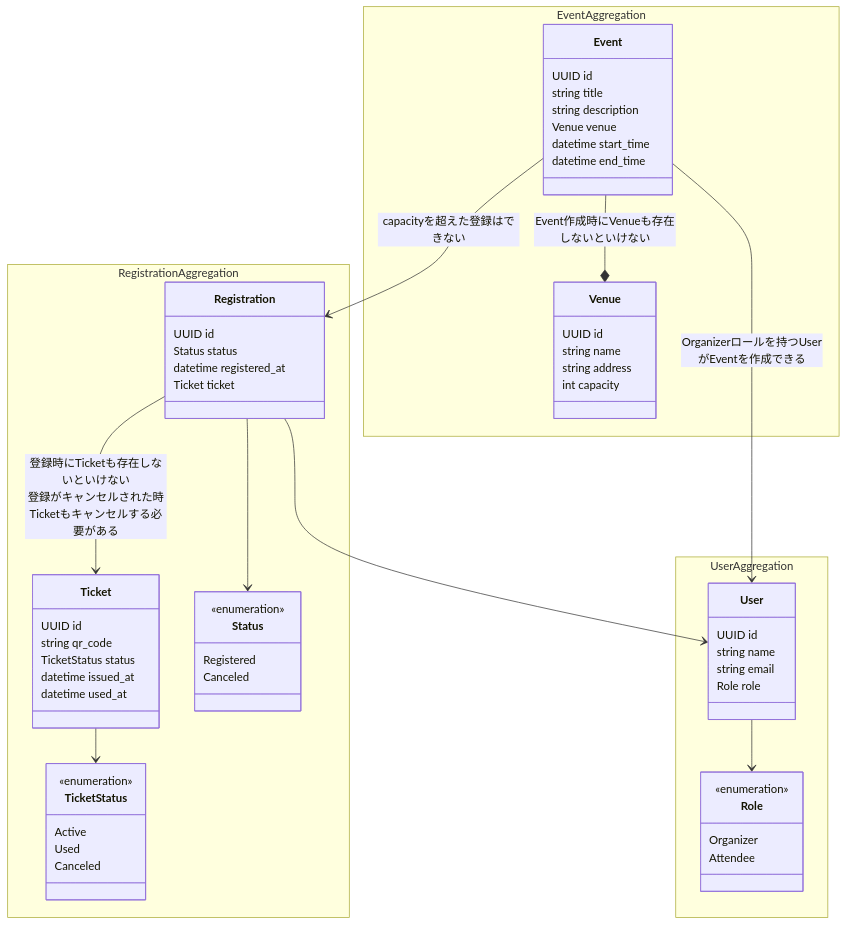
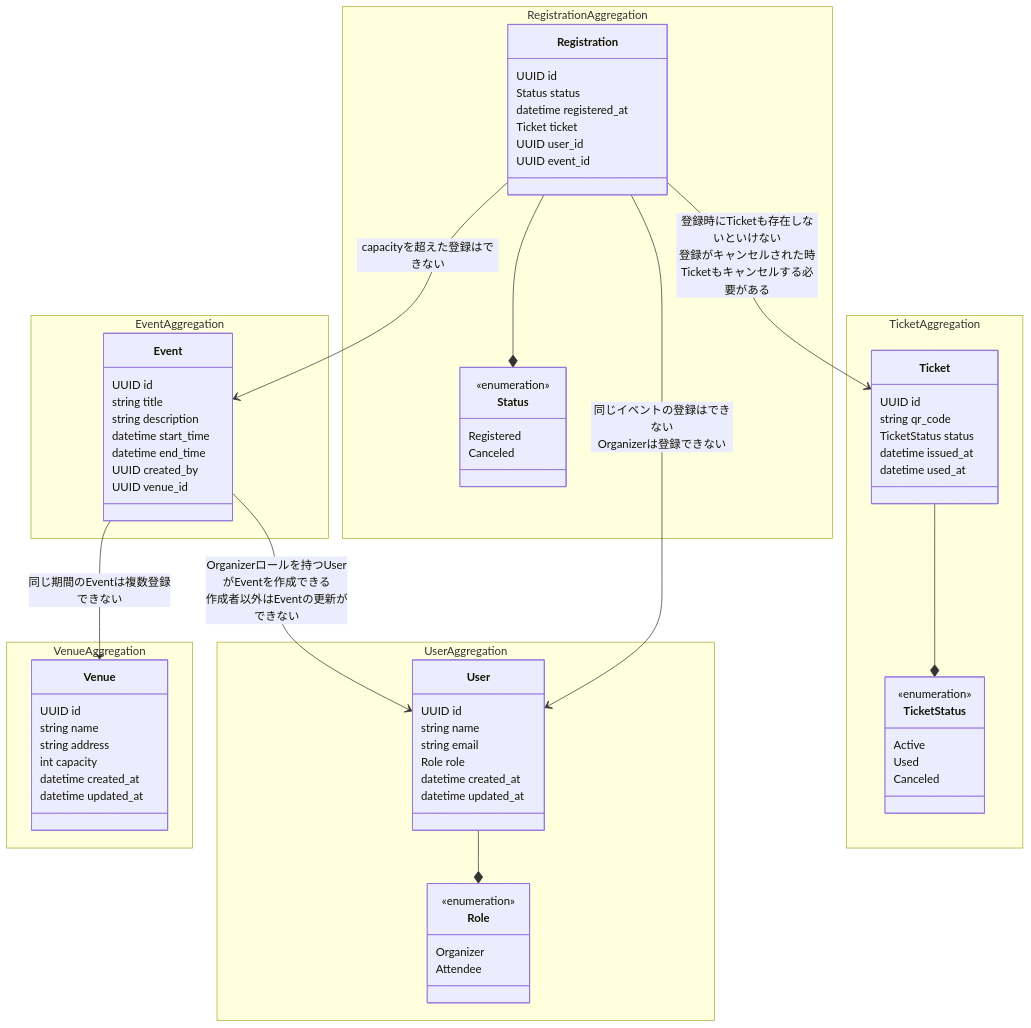
One commit to soicchi/book_order_system changed the diagram in app/internal/domain/README.md. Above: the diagram before and after it, drawn with Mermaid.

````diff
--- a/app/internal/domain/README.md
+++ b/app/internal/domain/README.md
@@ -3,21 +3,26 @@
 ```mermaid
 classDiagram
 
-namespace EventAggregation {
-  class Event {
-    UUID id
-    string title
-    string description
-    Venue venue
-    datetime start_time
-    datetime end_time
-  }
-
-  class Venue {
+namespace VenueAggregation {
+	class Venue {
     UUID id
     string name
     string address
     int capacity
+    datetime created_at
+    datetime updated_at
+  }
+}
+
+namespace EventAggregation {
+	class Event {
+    UUID id
+    string title
+    string description
+    datetime start_time
+    datetime end_time
+    UUID created_by
+    UUID venue_id
   }
 }
 
@@ -27,6 +32,8 @@
     string name
     string email
     Role role
+    datetime created_at
+    datetime updated_at
   }
   
   class Role {
@@ -42,14 +49,8 @@
     Status status
     datetime registered_at
     Ticket ticket
-  }
-
-  class Ticket {
-    UUID id
-    string qr_code
-    TicketStatus status
-    datetime issued_at
-    datetime used_at
+    UUID user_id
+    UUID event_id
   }
 
   class Status {
@@ -57,7 +58,17 @@
     Registered
     Canceled
   }
+}
 
+namespace TicketAggregation {
+	class Ticket {
+    UUID id
+    string qr_code
+    TicketStatus status
+    datetime issued_at
+    datetime used_at
+  }
+  
   class TicketStatus {
     <<enumeration>>
     Active
@@ -67,12 +78,13 @@
 }
 
 %% Relationships
-Event --* Venue : Event作成時にVenueも存在しないといけない
-Event --> Registration : capacityを超えた登録はできない
-Event --> User : Organizerロールを持つUserがEventを作成できる
-Registration --> User
+Event --> Venue : 同じ期間のEventは複数登録できない
+Event --> User : Organizerロールを持つUserがEventを作成できる<br>作成者以外はEventの更新ができない
+Registration --> Event : capacityを超えた登録はできない
+Registration --> User : 同じイベントの登録はできない<br>Organizerは登録できない
 Registration --> Ticket : 登録時にTicketも存在しないといけない<br>登録がキャンセルされた時Ticketもキャンセルする必要がある
-User --> Role
-Registration --> Status
-Ticket --> TicketStatus
+User --* Role
+Registration --* Status
+Ticket --* TicketStatus
+
 ```
````
